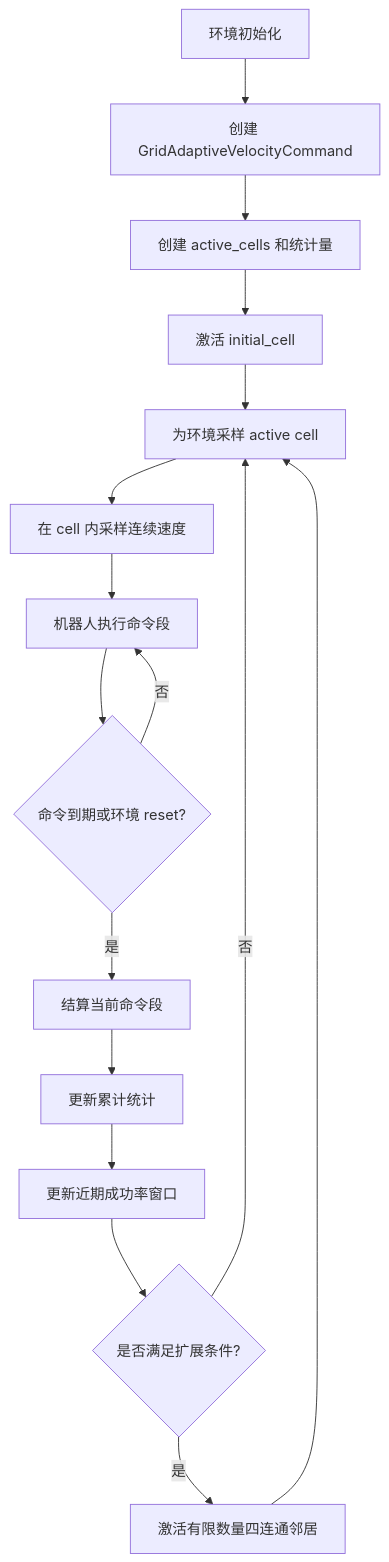
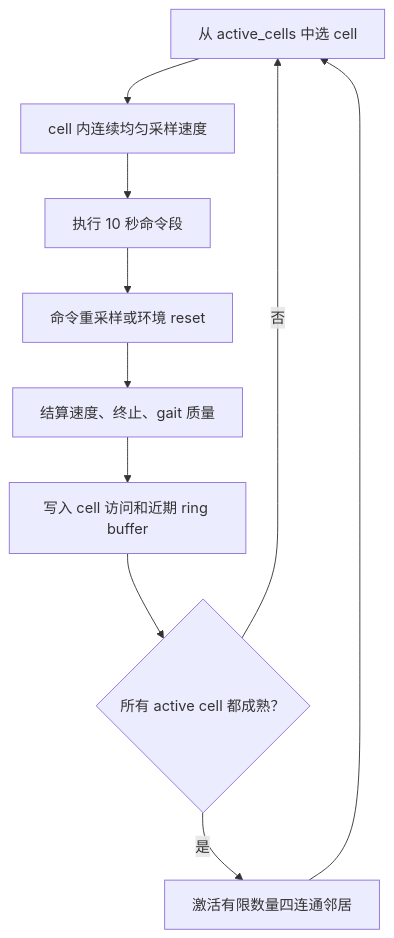
One commit to HAOZI2007/Nazarite-mjlab changed the diagram in docs/Grid Adaptive-启发式网格速度指令采样设计.md. Above: the diagram before and after it, drawn with Mermaid. The commit also changed other lines of this file and 7 other files, not shown here.

````diff
--- a/docs/Grid Adaptive-启发式网格速度指令采样设计.md
+++ b/docs/Grid Adaptive-启发式网格速度指令采样设计.md
@@ -46,18 +28,12 @@
-~~~mermaid
+```mermaid
 flowchart TD
-    A[环境初始化] --> B[创建 GridAdaptiveVelocityCommand]
-    B --> C[创建 active_cells 和统计量]
-    C --> D[激活 initial_cell]
-    D --> E[为环境采样 active cell]
-    E --> F[在 cell 内采样连续速度]
-    F --> G[机器人执行命令段]
-    G --> H{命令到期或环境 reset?}
-    H -- 否 --> G
-    H -- 是 --> I[结算当前命令段]
-    I --> J[更新累计统计]
-    J --> K[更新近期成功率窗口]
-    K --> L{是否满足扩展条件?}
-    L -- 否 --> E
-    L -- 是 --> M[激活有限数量四连通邻居]
-    M --> E
-~~~
+  A["从 active_cells 中选 cell"] --> B["cell 内连续均匀采样速度"]
+  B --> C["执行 10 秒命令段"]
+  C --> D["命令重采样或环境 reset"]
+  D --> E["结算速度、终止、gait 质量"]
+  E --> F["写入 cell 访问和近期 ring buffer"]
+  F --> G{"所有 active cell 都成熟？"}
+  G -- "否" --> A
+  G -- "是" --> H["激活有限数量四连通邻居"]
+  H --> A
+```
````
